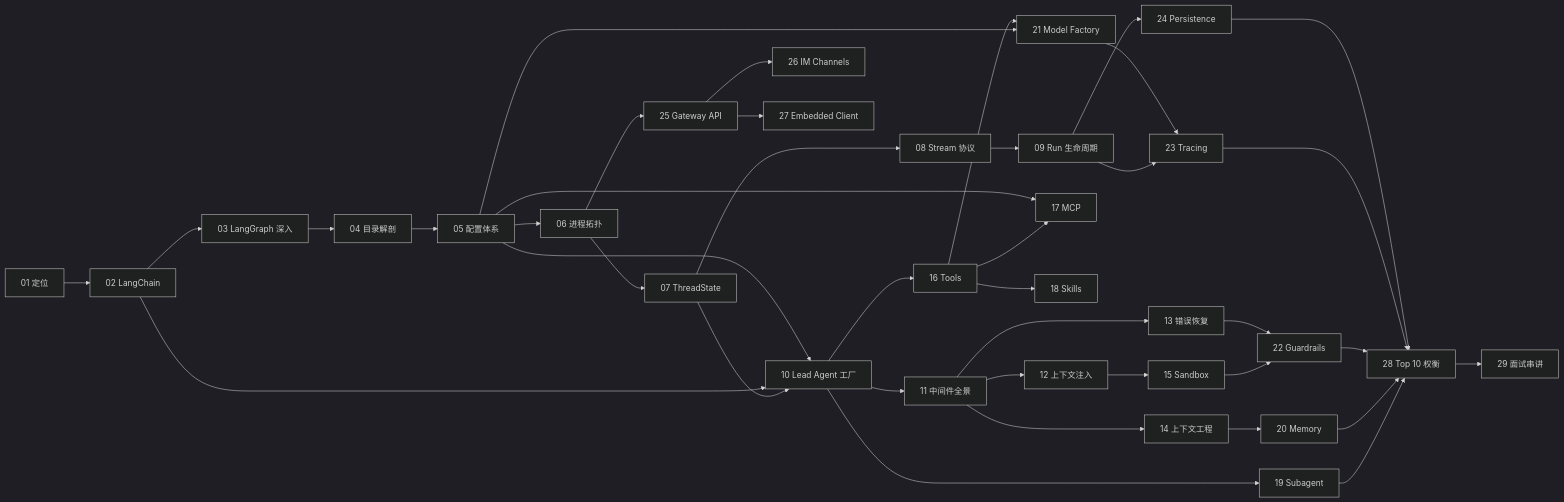
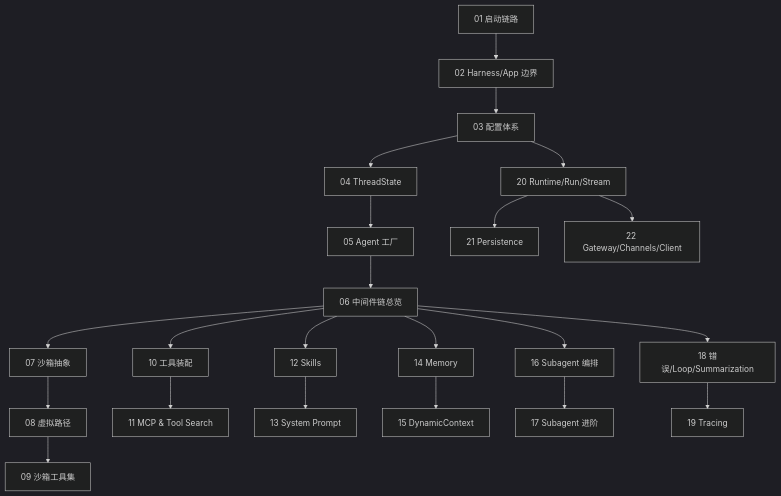
The second of 2 diagrams in backend/devDoc/00-overview.md (sanshi2018/deer-flow), drawn with Mermaid (dark theme) before and after one commit. The commit also changed other lines of this file and 29 other files, not shown here.

````diff
--- a/backend/devDoc/00-overview.md
+++ b/backend/devDoc/00-overview.md
@@ -286,48 +246,24 @@
 ```mermaid
-graph LR
-    A1[01 定位] --> A2[02 LangChain]
-    A2 --> A3[03 LangGraph 深入]
-    A3 --> A4[04 目录解剖]
-    A4 --> A5[05 配置体系]
-
-    A5 --> B6[06 进程拓扑]
-    B6 --> B7[07 ThreadState]
-    B7 --> B8[08 Stream 协议]
-    B8 --> B9[09 Run 生命周期]
-
-    B7 --> C10[10 Lead Agent 工厂]
-    A2 --> C10
-    A5 --> C10
-    C10 --> C11[11 中间件全景]
-
-    C11 --> C12[12 上下文注入]
-    C11 --> C13[13 错误恢复]
-    C11 --> C14[14 上下文工程]
-
-    C12 --> C15[15 Sandbox]
-    C10 --> C16[16 Tools]
-    C16 --> C17[17 MCP]
-    A5 --> C17
-    C16 --> C18[18 Skills]
-    C10 --> C19[19 Subagent]
-
-    C14 --> D20[20 Memory]
-    A5 --> D21[21 Model Factory]
-    C16 --> D21
-    C15 --> D22[22 Guardrails]
-    C13 --> D22
-    B9 --> D23[23 Tracing]
-    D21 --> D23
-    B9 --> D24[24 Persistence]
-
-    B6 --> E25[25 Gateway API]
-    E25 --> E26[26 IM Channels]
-    E25 --> E27[27 Embedded Client]
-
-    C19 --> F28[28 Top 10 权衡]
-    D20 --> F28
-    D22 --> F28
-    D23 --> F28
-    D24 --> F28
-    F28 --> F29[29 面试串讲]
+graph TD
+    D01[01 启动链路] --> D02[02 Harness/App 边界]
+    D02 --> D03[03 配置体系]
+    D03 --> D04[04 ThreadState]
+    D04 --> D05[05 Agent 工厂]
+    D05 --> D06[06 中间件链总览]
+    D06 --> D07[07 沙箱抽象]
+    D07 --> D08[08 虚拟路径]
+    D08 --> D09[09 沙箱工具集]
+    D06 --> D10[10 工具装配]
+    D10 --> D11[11 MCP & Tool Search]
+    D06 --> D12[12 Skills]
+    D12 --> D13[13 System Prompt]
+    D06 --> D14[14 Memory]
+    D14 --> D15[15 DynamicContext]
+    D06 --> D16[16 Subagent 编排]
+    D16 --> D17[17 Subagent 进阶]
+    D06 --> D18[18 错误/Loop/Summarization]
+    D18 --> D19[19 Tracing]
+    D03 --> D20[20 Runtime/Run/Stream]
+    D20 --> D21[21 Persistence]
+    D20 --> D22[22 Gateway/Channels/Client]
 ```
````
